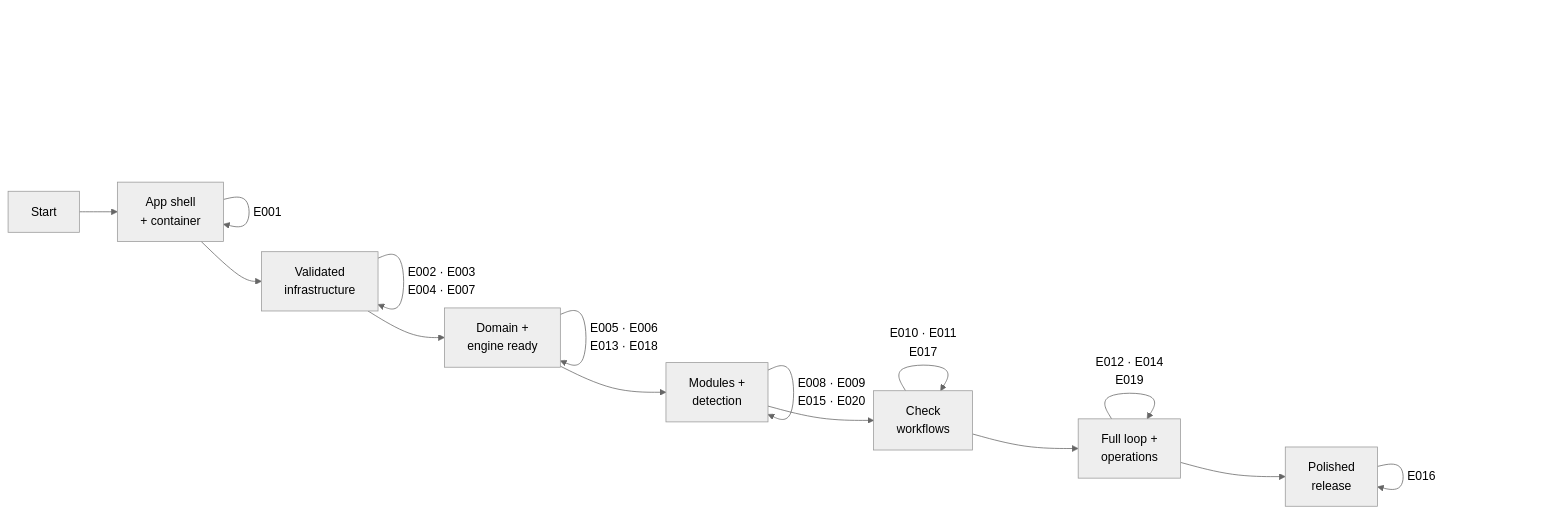
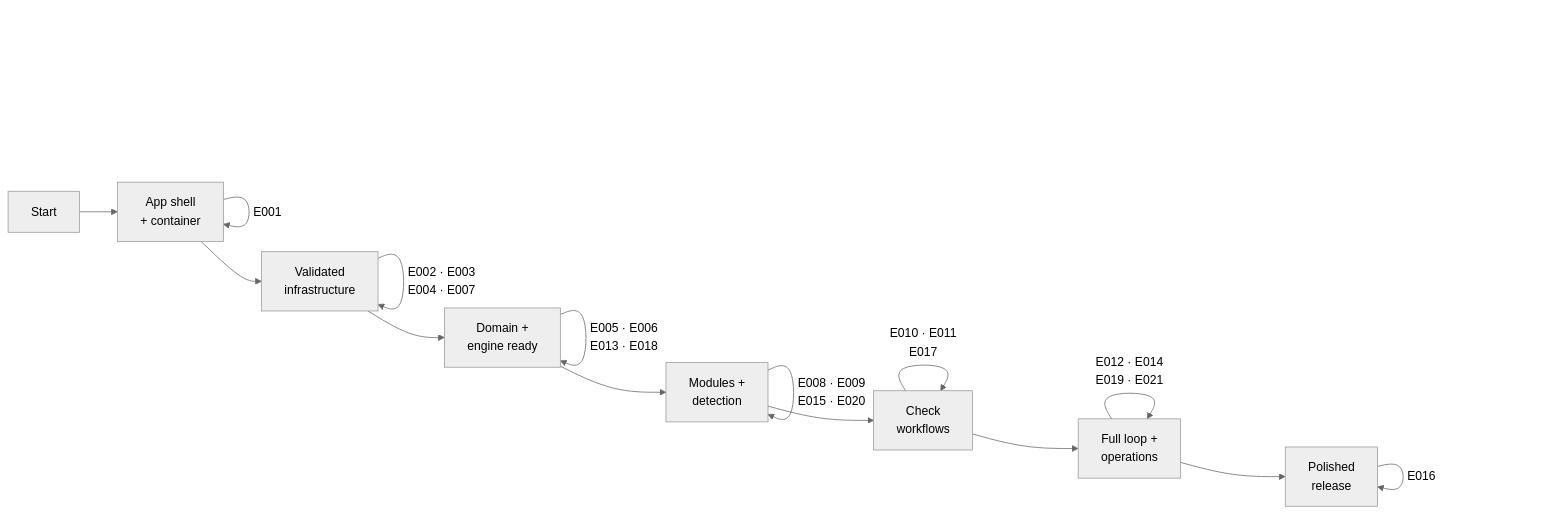
Before and after one commit to attilaszasz/Binocular: the diagram in specs/project-plan.md, drawn with Mermaid (neutral theme). The commit also changed other lines of this file and 13 other files, not shown here.

````diff
--- a/specs/project-plan.md
+++ b/specs/project-plan.md
@@ -77,23 +78,23 @@
 ```mermaid
 graph LR
     START["Start"] --> M1["App shell<br>+ container"]
     M1 -->|E001| M1
 
     M1 --> M2["Validated<br>infrastructure"]
     M2 -->|"E002 · E003<br>E004 · E007"| M2
 
     M2 --> M3["Domain +<br>engine ready"]
     M3 -->|"E005 · E006<br>E013 · E018"| M3
 
     M3 --> M4["Modules +<br>detection"]
     M4 -->|"E008 · E009<br>E015 · E020"| M4
 
     M4 --> M5["Check<br>workflows"]
     M5 -->|"E010 · E011<br>E017"| M5
 
     M5 --> M6["Full loop +<br>operations"]
-    M6 -->|"E012 · E014<br>E019"| M6
+    M6 -->|"E012 · E014<br>E019 · E021"| M6
 
     M6 --> M7["Polished<br>release"]
     M7 -->|E016| M7
 ```
````
